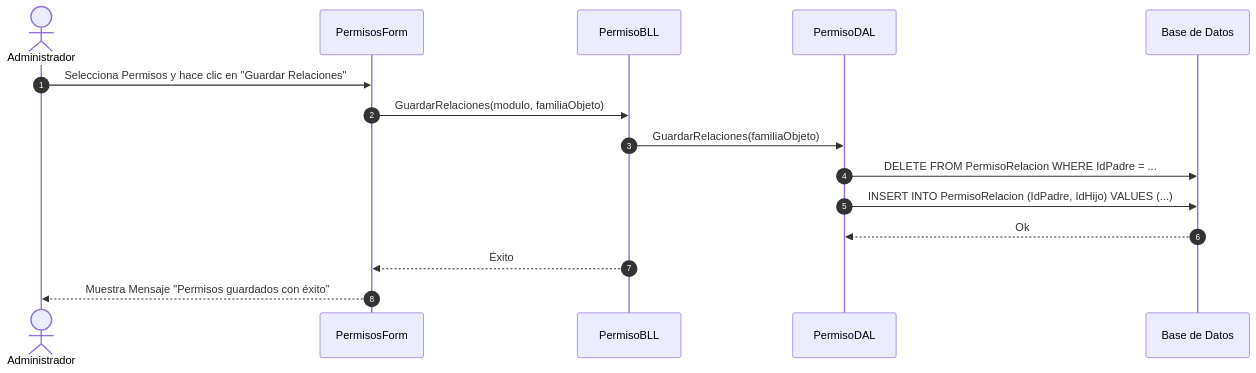
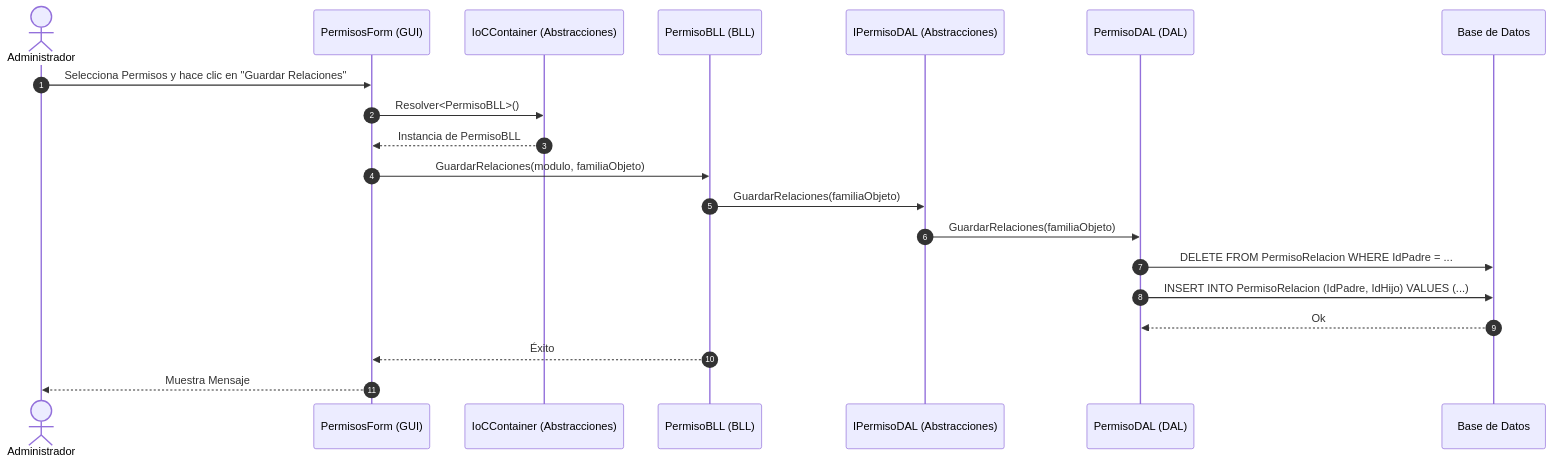
Diagram 14 of 25 in Documentacion/diagrams_code.md (LautiSmyth/Stach), drawn with Mermaid before and after one commit. The commit also changed other lines of this file, not shown here.

Commit message:
Doc: Update sequence and module class diagrams to explicitly include the Abstracciones layer interfaces and IoCContainer

````diff
--- a/Documentacion/diagrams_code.md
+++ b/Documentacion/diagrams_code.md
@@ -387,18 +469,23 @@
 ```mermaid
 sequenceDiagram
     autonumber
     actor Admin as Administrador
-    participant GUI as PermisosForm
-    participant BLL as PermisoBLL
-    participant DAL as PermisoDAL
+    participant GUI as PermisosForm (GUI)
+    participant IoC as IoCContainer (Abstracciones)
+    participant BLL as PermisoBLL (BLL)
+    participant IDAL as IPermisoDAL (Abstracciones)
+    participant DAL as PermisoDAL (DAL)
     participant DB as Base de Datos
 
     Admin->>GUI: Selecciona Permisos y hace clic en "Guardar Relaciones"
+    GUI->>IoC: Resolver<PermisoBLL>()
+    IoC-->>GUI: Instancia de PermisoBLL
     GUI->>BLL: GuardarRelaciones(modulo, familiaObjeto)
-    BLL->>DAL: GuardarRelaciones(familiaObjeto)
+    BLL->>IDAL: GuardarRelaciones(familiaObjeto)
+    IDAL->>DAL: GuardarRelaciones(familiaObjeto)
     DAL->>DB: DELETE FROM PermisoRelacion WHERE IdPadre = ...
     DAL->>DB: INSERT INTO PermisoRelacion (IdPadre, IdHijo) VALUES (...)
     DB-->>DAL: Ok
     BLL-->>GUI: Éxito
-    GUI-->>Admin: Muestra Mensaje "Permisos guardados con éxito"
+    GUI-->>Admin: Muestra Mensaje
 ```
````
